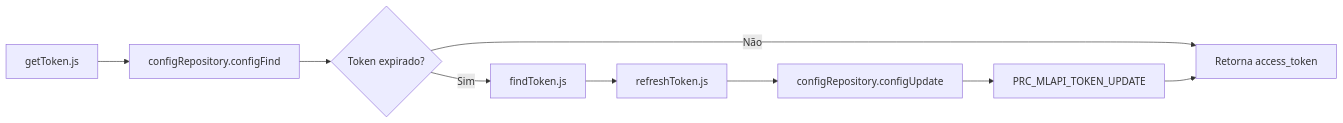
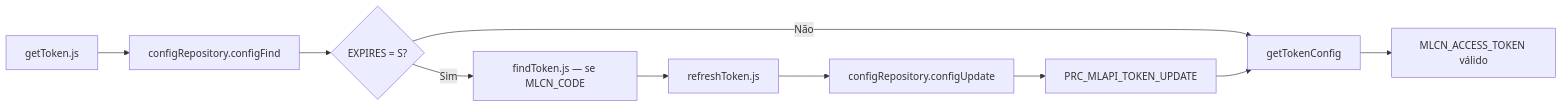
The third of 7 diagrams in .cursor/docs/ARQUITETURA.md (AfonsoJunior13/avvante-mercadolivre), drawn with Mermaid before and after one commit. The commit also changed other lines of this file and 30 other files, not shown here.

````diff
--- a/.cursor/docs/ARQUITETURA.md
+++ b/.cursor/docs/ARQUITETURA.md
@@ -82,11 +89,12 @@
 ```mermaid
 flowchart LR
     A[getToken.js] --> B[configRepository.configFind]
-    B --> C{Token expirado?}
-    C -->|Não| D[Retorna access_token]
-    C -->|Sim| E[findToken.js]
+    B --> C{EXPIRES = S?}
+    C -->|Não| D[getTokenConfig]
+    C -->|Sim| E[findToken.js — se MLCN_CODE]
     E --> F[refreshToken.js]
     F --> G[configRepository.configUpdate]
     G --> H[PRC_MLAPI_TOKEN_UPDATE]
     H --> D
+    D --> I[MLCN_ACCESS_TOKEN válido]
 ```
````
